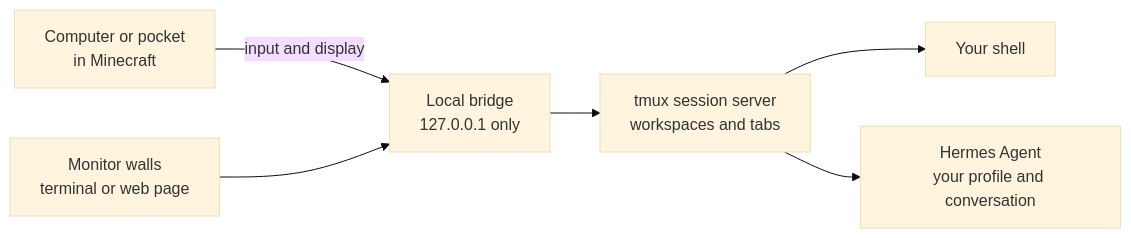
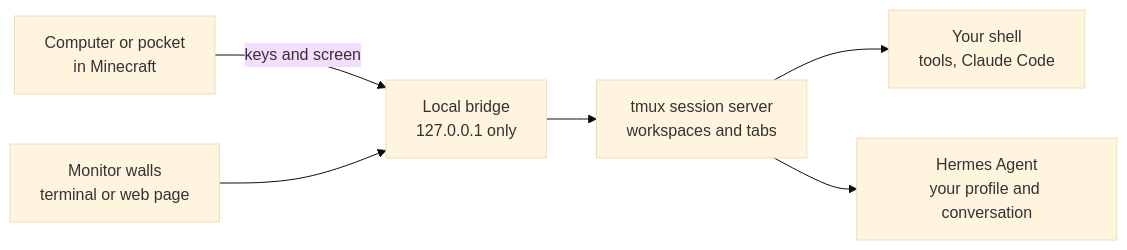
Before and after one commit to omoresearch/omo-space: the diagram in README.md, drawn with Mermaid (base theme). The commit also changed other lines of this file and 55 other files, not shown here.

````diff
--- a/README.md
+++ b/README.md
@@ -166,8 +163,8 @@
 ```mermaid
 flowchart LR
-  A["Computer or pocket<br/>in Minecraft"] -->|input and display| B["Local bridge<br/>127.0.0.1 only"]
+  A["Computer or pocket<br/>in Minecraft"] -->|keys and screen| B["Local bridge<br/>127.0.0.1 only"]
   C["Monitor walls<br/>terminal or web page"] --> B
   B --> D["tmux session server<br/>workspaces and tabs"]
-  D --> E["Your shell"]
+  D --> E["Your shell<br/>tools, Claude Code"]
   D --> F["Hermes Agent<br/>your profile and conversation"]
 ```
````
